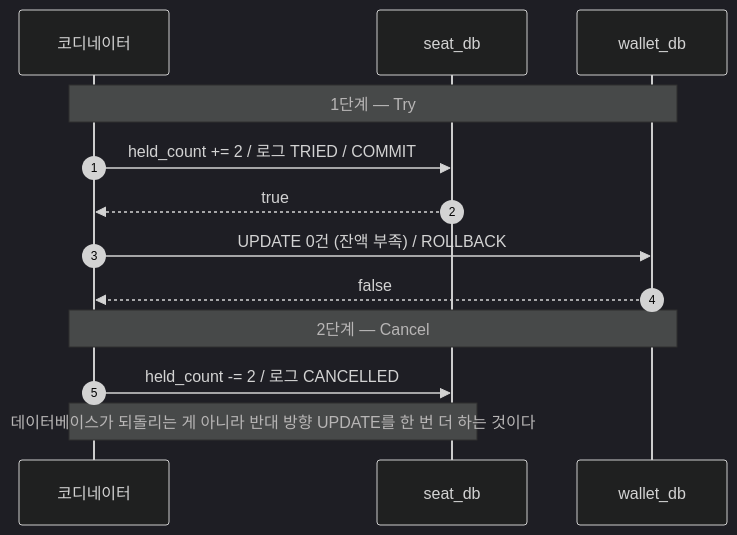
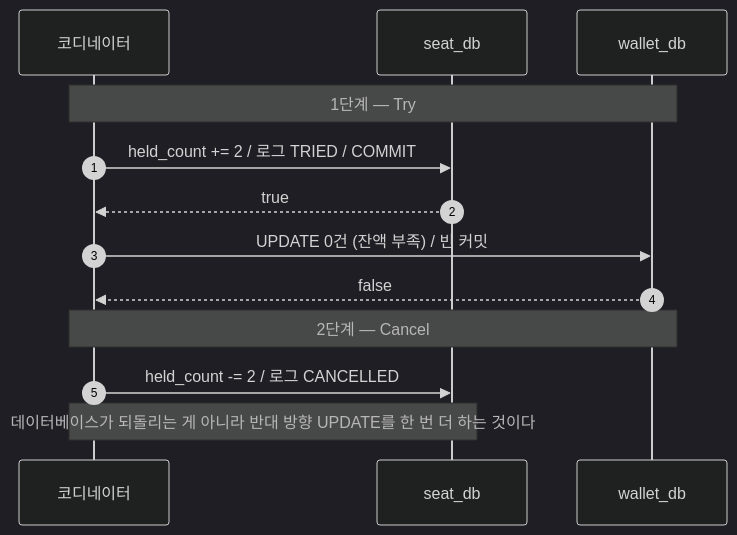
The second of 3 diagrams in labs/distributed-transaction-tcc/README.md (HJC96/deep-dive), drawn with Mermaid (dark theme) before and after one commit. The commit also changed other lines of this file and 21 other files, not shown here.

````diff
--- a/labs/distributed-transaction-tcc/README.md
+++ b/labs/distributed-transaction-tcc/README.md
@@ -72,17 +76,17 @@
 ```mermaid
 sequenceDiagram
     autonumber
     participant C as 코디네이터
     participant S as seat_db
     participant W as wallet_db
 
     Note over C,W: 1단계 — Try
     C->>S: held_count += 2 / 로그 TRIED / COMMIT
     S-->>C: true
-    C->>W: UPDATE 0건 (잔액 부족) / ROLLBACK
+    C->>W: UPDATE 0건 (잔액 부족) / 빈 커밋
     W-->>C: false
 
     Note over C,W: 2단계 — Cancel
     C->>S: held_count -= 2 / 로그 CANCELLED
     Note over C,S: 데이터베이스가 되돌리는 게 아니라 반대 방향 UPDATE를 한 번 더 하는 것이다
 ```
````
